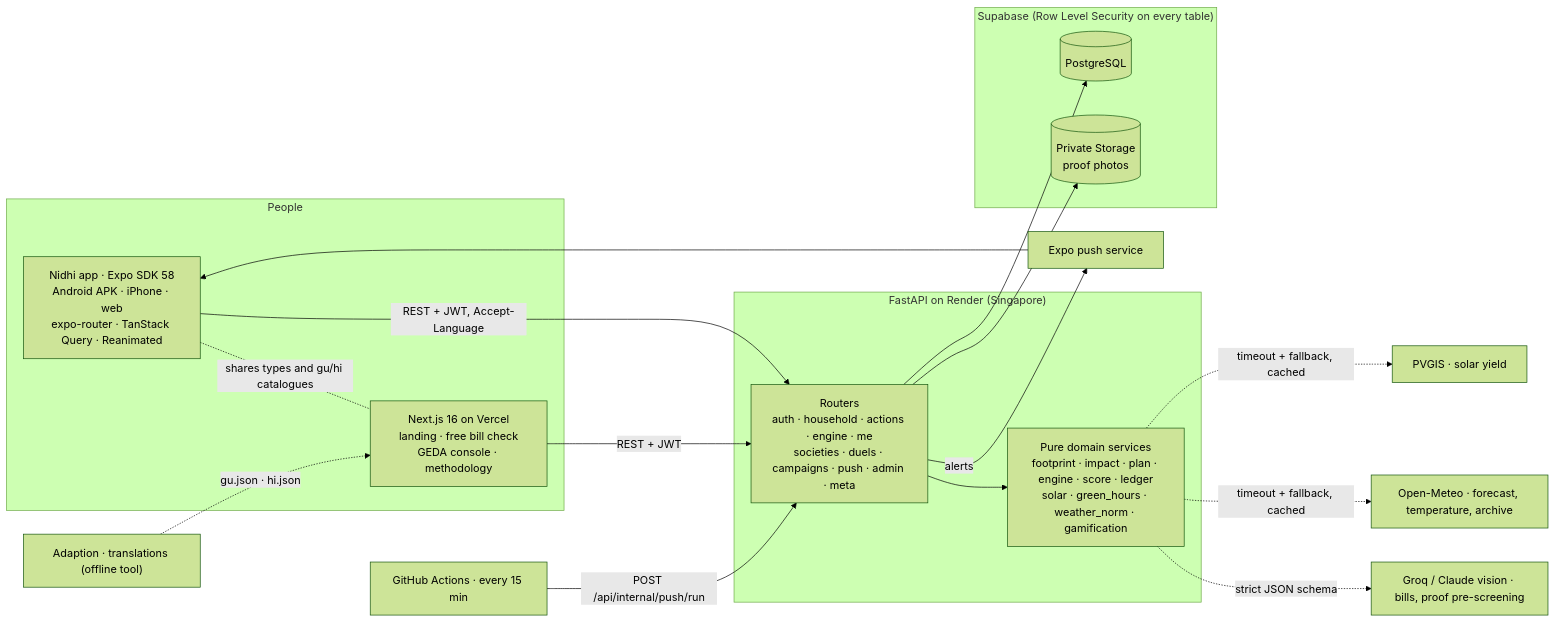
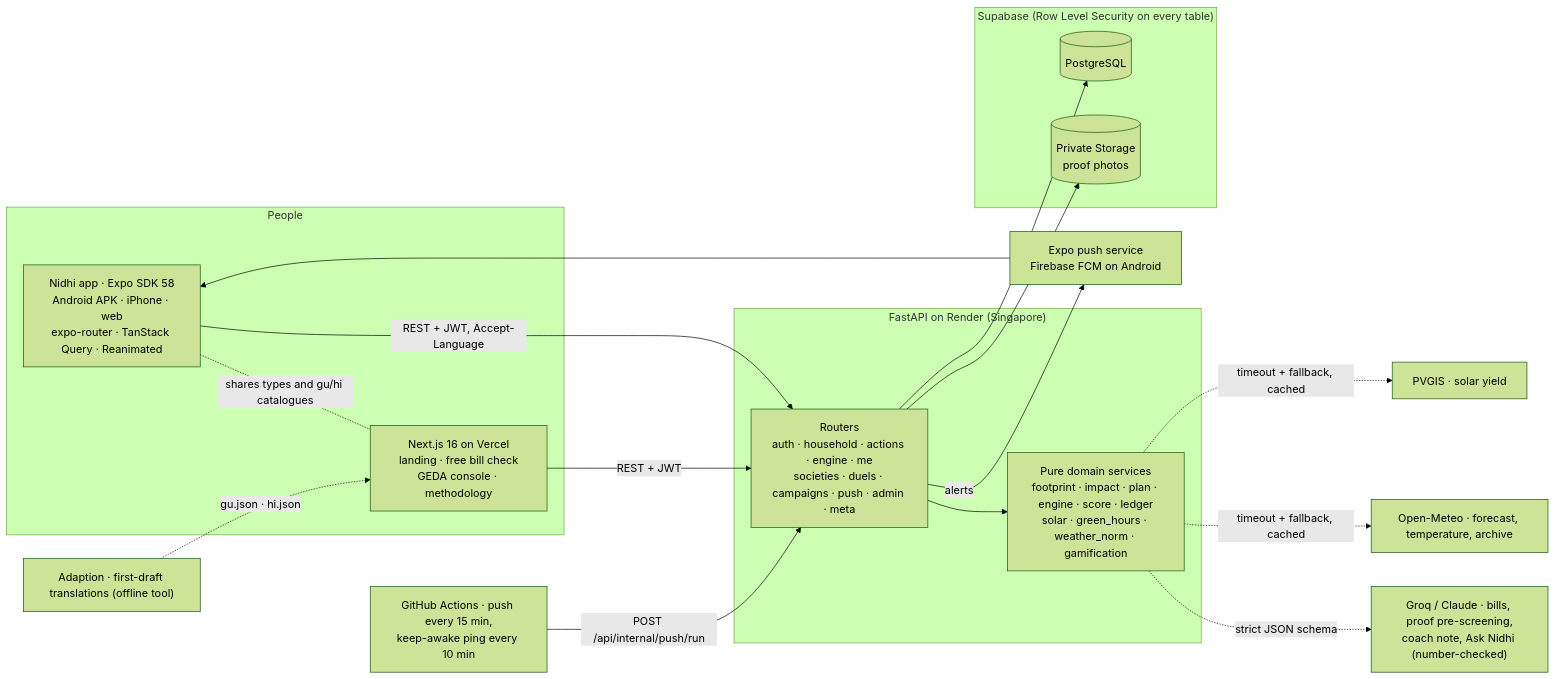
The first of 2 diagrams in README.md (neevmodh/LiFEline), drawn with Mermaid (forest theme) before and after one commit. The commit also changed other lines of this file and 4 other files, not shown here.

````diff
--- a/README.md
+++ b/README.md
@@ -230,34 +254,34 @@
 ```mermaid
 flowchart LR
     subgraph People
         APP["Nidhi app · Expo SDK 58<br/>Android APK · iPhone · web<br/>expo-router · TanStack Query · Reanimated"]
         WEB["Next.js 16 on Vercel<br/>landing · free bill check<br/>GEDA console · methodology"]
     end
     subgraph Render["FastAPI on Render (Singapore)"]
         R["Routers<br/>auth · household · actions · engine · me<br/>societies · duels · campaigns · push · admin · meta"]
         S["Pure domain services<br/>footprint · impact · plan · engine · score · ledger<br/>solar · green_hours · weather_norm · gamification"]
         R --> S
     end
     subgraph Supabase["Supabase (Row Level Security on every table)"]
         DB[("PostgreSQL")]
         ST[("Private Storage<br/>proof photos")]
     end
     PV["PVGIS · solar yield"]
     OM["Open-Meteo · forecast, temperature, archive"]
-    AI["Groq / Claude vision · bills, proof pre-screening"]
-    EXPO["Expo push service"]
-    GH["GitHub Actions · every 15 min"]
-    AD["Adaption · translations (offline tool)"]
+    AI["Groq / Claude · bills, proof pre-screening,<br/>coach note, Ask Nidhi (number-checked)"]
+    EXPO["Expo push service<br/>Firebase FCM on Android"]
+    GH["GitHub Actions · push every 15 min,<br/>keep-awake ping every 10 min"]
+    AD["Adaption · first-draft translations (offline tool)"]
 
     APP -- "REST + JWT, Accept-Language" --> R
     WEB -- "REST + JWT" --> R
     APP -. "shares types and gu/hi catalogues" .- WEB
     GH -- "POST /api/internal/push/run" --> R
     R -- "alerts" --> EXPO --> APP
     R --> DB
     R --> ST
     S -. "timeout + fallback, cached" .-> PV
     S -. "timeout + fallback, cached" .-> OM
     S -. "strict JSON schema" .-> AI
     AD -. "gu.json · hi.json" .-> WEB
 ```
````
